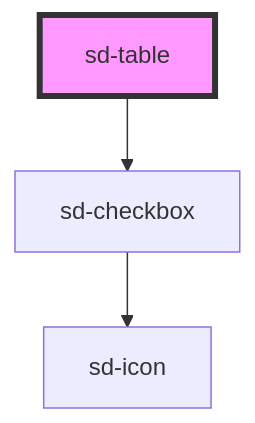
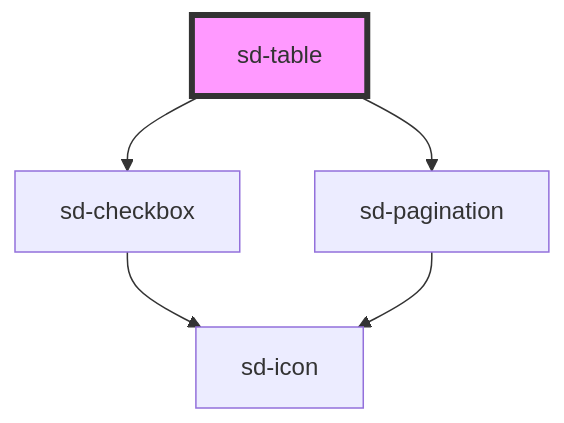
One commit to kmeijjing/stencil-test changed the diagram in packages/stencil/src/components/sd-table/readme.md. Above: the diagram before and after it, drawn with Mermaid. The commit also changed other lines of this file and 5 other files, not shown here.

Commit message:
feat: enhance SdTable component with resizable columns and pagination; add bodyCellRenderer for custom cell rendering

````diff
--- a/packages/stencil/src/components/sd-table/readme.md
+++ b/packages/stencil/src/components/sd-table/readme.md
@@ -30,6 +48,8 @@
 ```mermaid
 graph TD;
   sd-table --> sd-checkbox
+  sd-table --> sd-pagination
   sd-checkbox --> sd-icon
+  sd-pagination --> sd-icon
   style sd-table fill:#f9f,stroke:#333,stroke-width:4px
 ```
````
